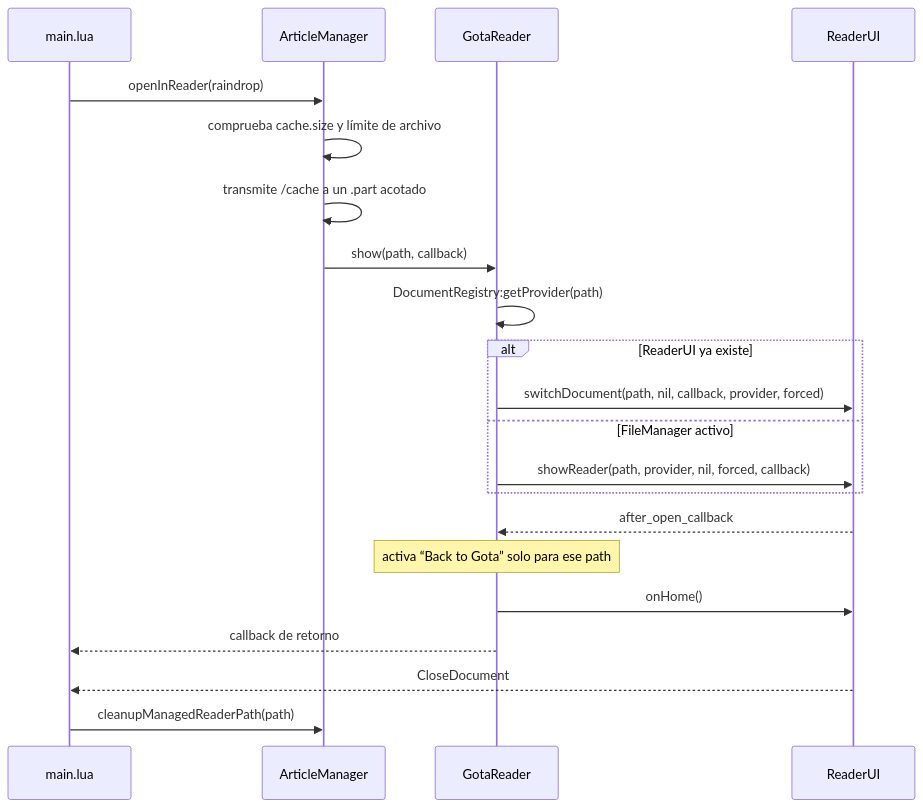
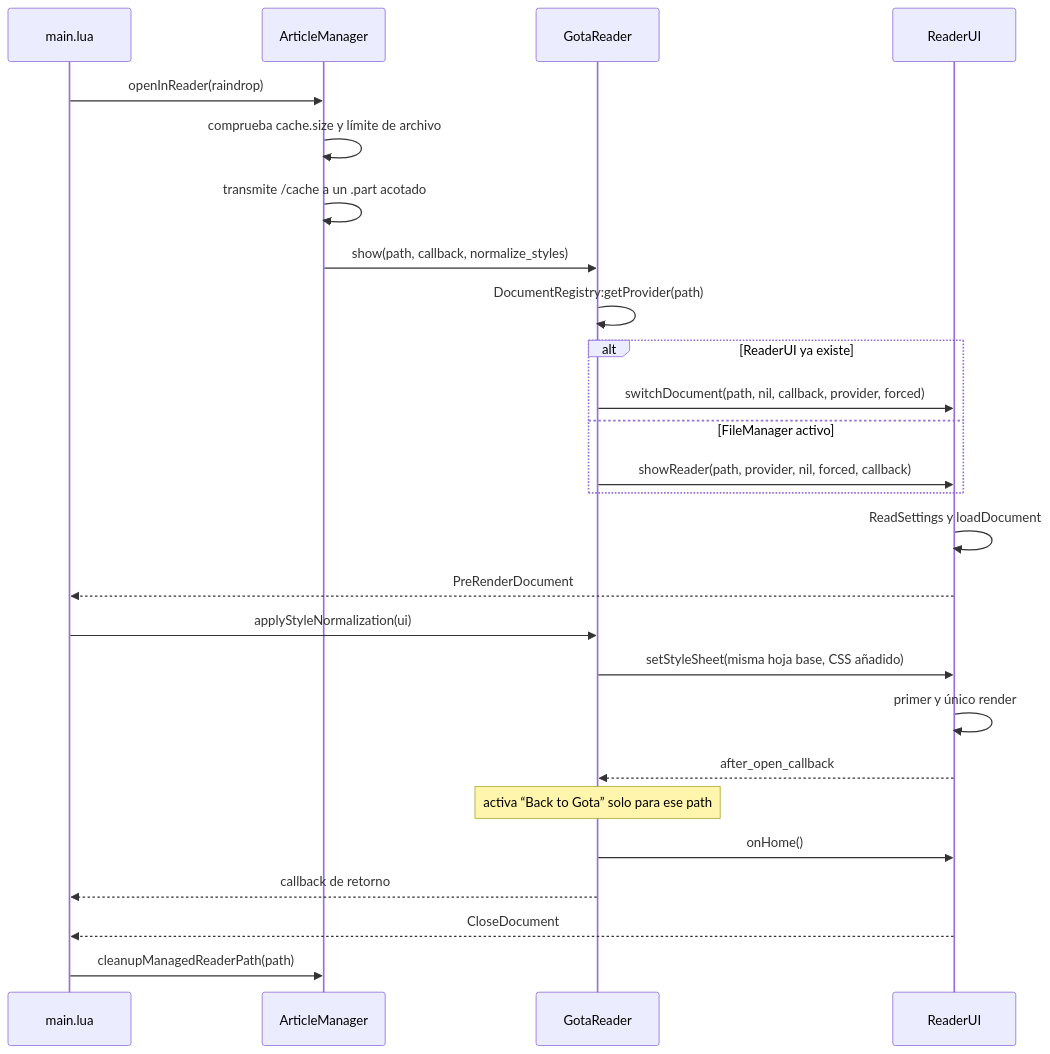
The second of 2 diagrams in gota.koplugin/ARCHITECTURE.md (cristenger/gota.koplugin-for-raindrop), drawn with Mermaid before and after one commit. The commit also changed other lines of this file and 2 other files, not shown here.

First line of the commit message:
docs: document full-reader style normalization

````diff
--- a/gota.koplugin/ARCHITECTURE.md
+++ b/gota.koplugin/ARCHITECTURE.md
@@ -63,24 +65,29 @@
 ```mermaid
 sequenceDiagram
     participant UI as main.lua
     participant AM as ArticleManager
     participant GR as GotaReader
     participant RU as ReaderUI
 
     UI->>AM: openInReader(raindrop)
     AM->>AM: comprueba cache.size y límite de archivo
     AM->>AM: transmite /cache a un .part acotado
-    AM->>GR: show(path, callback)
+    AM->>GR: show(path, callback, normalize_styles)
     GR->>GR: DocumentRegistry:getProvider(path)
     alt ReaderUI ya existe
         GR->>RU: switchDocument(path, nil, callback, provider, forced)
     else FileManager activo
         GR->>RU: showReader(path, provider, nil, forced, callback)
     end
+    RU->>RU: ReadSettings y loadDocument
+    RU-->>UI: PreRenderDocument
+    UI->>GR: applyStyleNormalization(ui)
+    GR->>RU: setStyleSheet(misma hoja base, CSS añadido)
+    RU->>RU: primer y único render
     RU-->>GR: after_open_callback
     Note over GR: activa “Back to Gota” solo para ese path
     GR->>RU: onHome()
     GR-->>UI: callback de retorno
     RU-->>UI: CloseDocument
     UI->>AM: cleanupManagedReaderPath(path)
 ```
````
